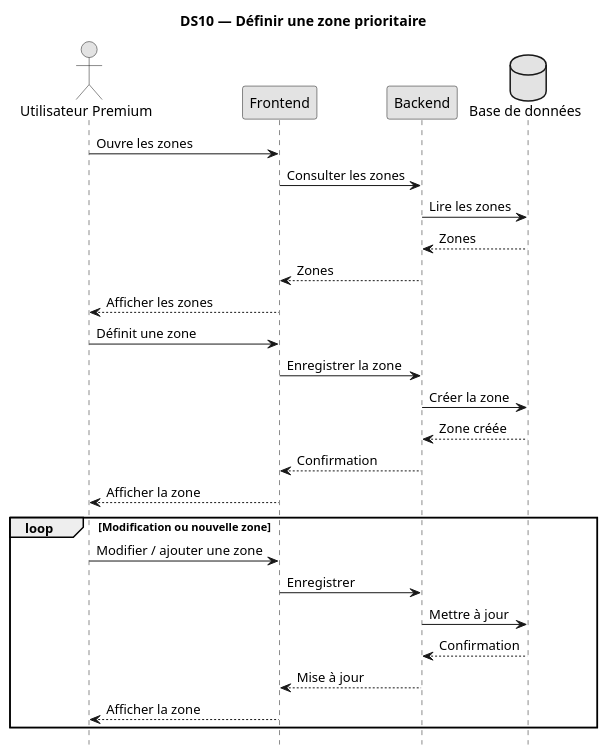
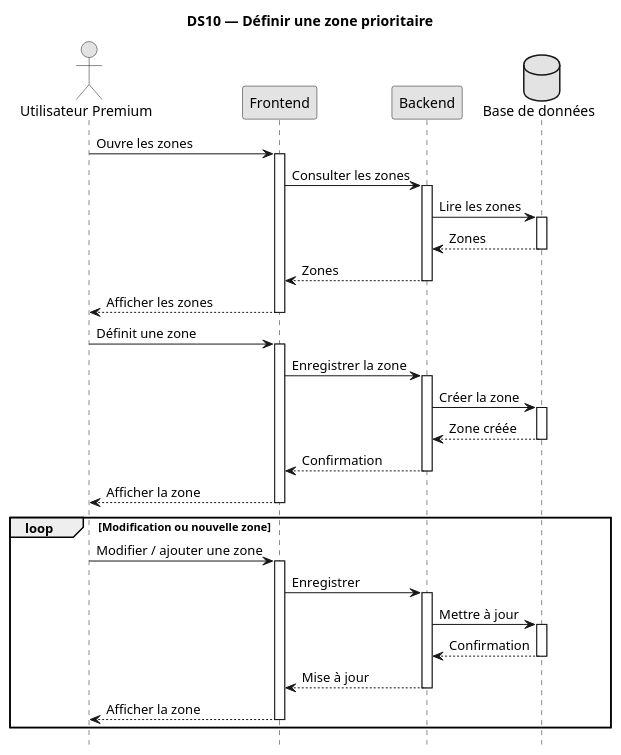
One commit to TkAbeleon/NoteAcemiqueProjetSoutenanceL3 changed the diagram in UML_JeryMotro/DS10_Definir_zone_prioritaire.plantuml. Above: the diagram before and after it, drawn with PlantUML. The commit also changed 17 other files, not shown here.

Commit message:
style(DS): standardiser les activations UML

```diff
--- a/UML_JeryMotro/DS10_Definir_zone_prioritaire.plantuml
+++ b/UML_JeryMotro/DS10_Definir_zone_prioritaire.plantuml
@@ -1,36 +1,54 @@
 @startuml
 skinparam monochrome true
 
 title DS10 — Définir une zone prioritaire
 hide footbox
 skinparam shadowing false
 
 actor "Utilisateur Premium" as U
 participant "Frontend" as F
 participant "Backend" as B
 database "Base de données" as DB
 
 U -> F : Ouvre les zones
+activate F
 F -> B : Consulter les zones
+activate B
 B -> DB : Lire les zones
+activate DB
 DB --> B : Zones
+deactivate DB
 B --> F : Zones
+deactivate B
 F --> U : Afficher les zones
+deactivate F
 
 U -> F : Définit une zone
+activate F
 F -> B : Enregistrer la zone
+activate B
 B -> DB : Créer la zone
+activate DB
 DB --> B : Zone créée
+deactivate DB
 B --> F : Confirmation
+deactivate B
 F --> U : Afficher la zone
+deactivate F
 
 loop Modification ou nouvelle zone
     U -> F : Modifier / ajouter une zone
+    activate F
     F -> B : Enregistrer
+    activate B
     B -> DB : Mettre à jour
+    activate DB
     DB --> B : Confirmation
+    deactivate DB
     B --> F : Mise à jour
+    deactivate B
     F --> U : Afficher la zone
+    deactivate F
 end
 
 @enduml
```
